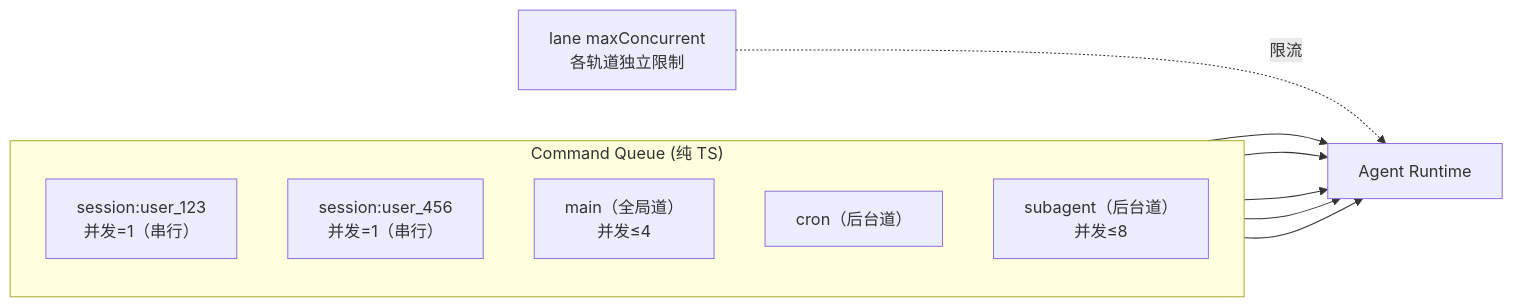
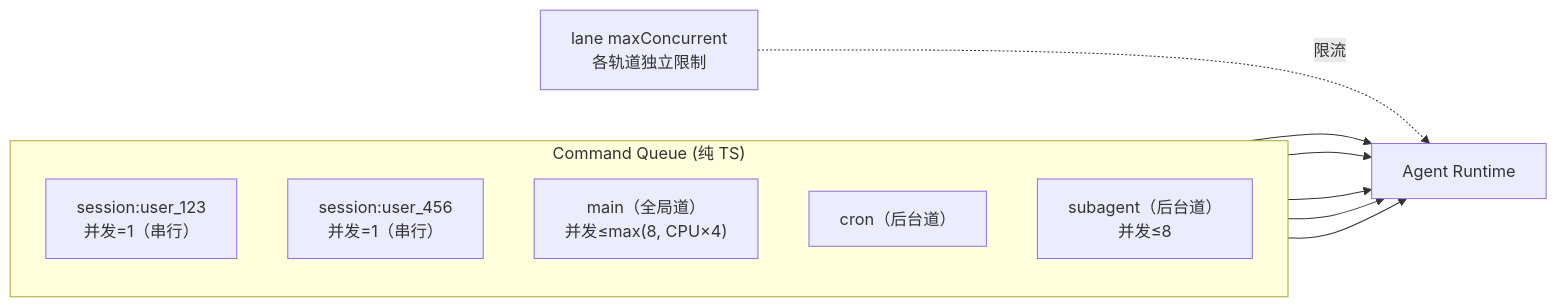
Before and after one commit to yeasy/openclaw_guide: the second of 2 diagrams in 10_agent_loop/10.3_entry_queue.md, drawn with Mermaid. The commit also changed other lines of this file and 50 other files, not shown here.

````diff
--- a/10_agent_loop/10.3_entry_queue.md
+++ b/10_agent_loop/10.3_entry_queue.md
@@ -53,19 +53,19 @@
 ```mermaid
 flowchart LR
   subgraph CommandQueue["Command Queue (纯 TS)"]
     direction TB
     SL1["session:user_123<br/>并发=1（串行）"]
     SL2["session:user_456<br/>并发=1（串行）"]
-    GL["main（全局道）<br/>并发≤4"]
+    GL["main（全局道）<br/>并发≤max(8, CPU×4)"]
     BG1["cron（后台道）"]
     BG2["subagent（后台道）<br/>并发≤8"]
   end
 
   SL1 --> EX["Agent Runtime"]
   SL2 --> EX
   GL --> EX
   BG1 --> EX
   BG2 --> EX
 
   GOV["lane maxConcurrent<br/>各轨道独立限制"] -.->|限流| EX
 ```
````
